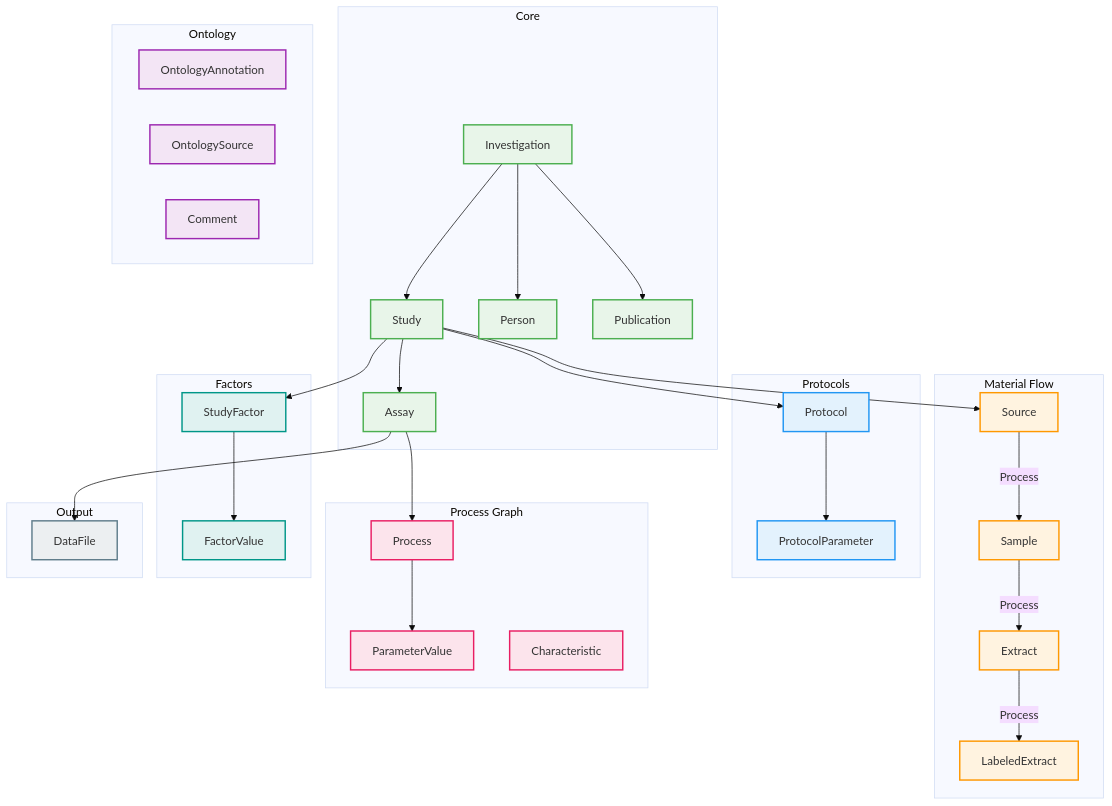
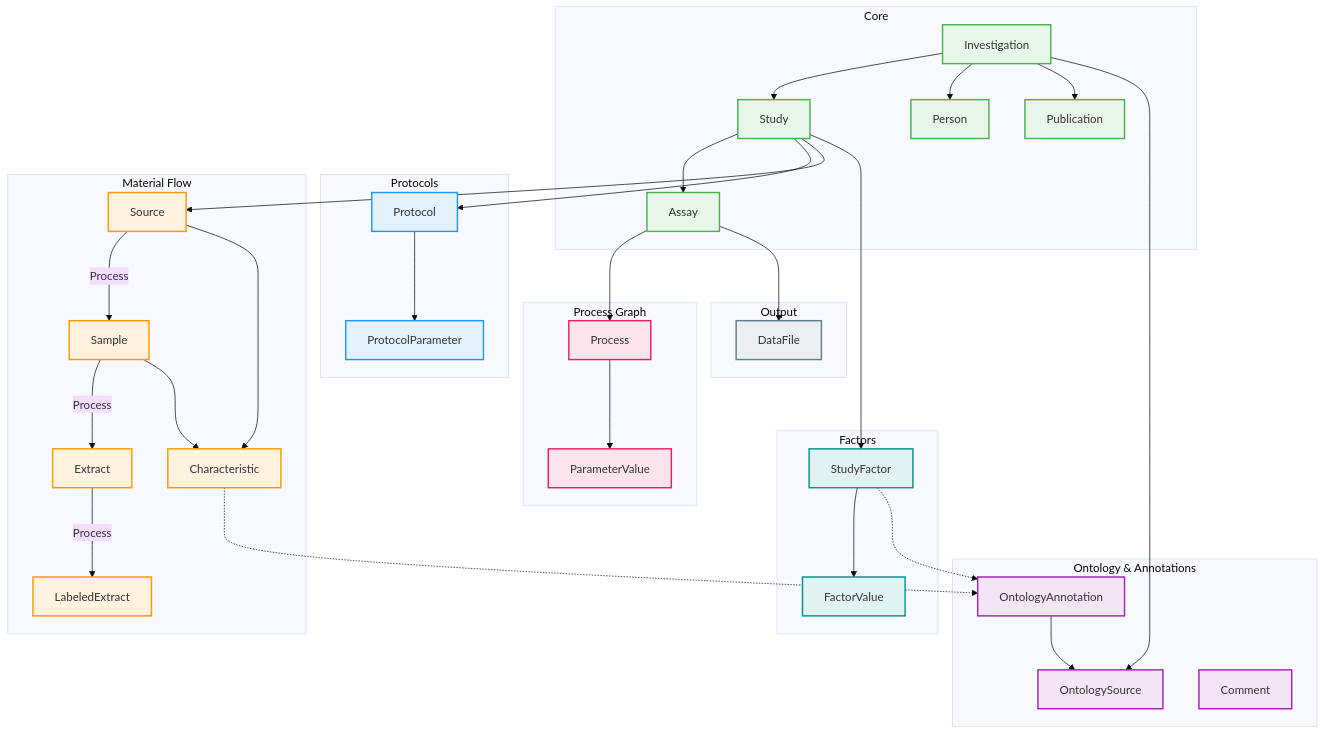
One commit to sorenwacker/metaseed changed the first of 6 diagrams in docs/architecture/diagrams.md. Above: the diagram before and after it, drawn with Mermaid (base theme).

Commit message:
Connect Characteristics and Ontology entities in ISA diagram

````diff
--- a/docs/architecture/diagrams.md
+++ b/docs/architecture/diagrams.md
@@ -9,75 +9,81 @@
 ```mermaid
 flowchart TB
     subgraph core["Core"]
         INV[Investigation]
         STU[Study]
         ASS[Assay]
         PER[Person]
         PUB[Publication]
     end
 
     subgraph protocol["Protocols"]
         PROT[Protocol]
         PP[ProtocolParameter]
     end
 
     subgraph material["Material Flow"]
         SRC[Source]
         SAM[Sample]
         EXT[Extract]
         LEXT[LabeledExtract]
+        CHAR[Characteristic]
     end
 
     subgraph process["Process Graph"]
         PROC[Process]
         PV[ParameterValue]
-        CHAR[Characteristic]
     end
 
     subgraph factors["Factors"]
         SF[StudyFactor]
         FV[FactorValue]
     end
 
-    subgraph ontology["Ontology"]
+    subgraph ontology["Ontology & Annotations"]
         OA[OntologyAnnotation]
         OS[OntologySource]
         COM[Comment]
     end
 
     subgraph output["Output"]
         DF[DataFile]
     end
 
     INV --> STU
     INV --> PER
     INV --> PUB
+    INV --> OS
     STU --> ASS
     STU --> PROT
     STU --> SRC
     STU --> SF
     PROT --> PP
     SRC -->|Process| SAM
     SAM -->|Process| EXT
     EXT -->|Process| LEXT
+    SRC --> CHAR
+    SAM --> CHAR
     ASS --> PROC
     ASS --> DF
     PROC --> PV
     SF --> FV
+    CHAR -.-> OA
+    SF -.-> OA
+    OA --> OS
 
     classDef core fill:#e8f5e9,stroke:#4caf50,stroke-width:2px
     classDef prot fill:#e3f2fd,stroke:#2196f3,stroke-width:2px
     classDef mat fill:#fff3e0,stroke:#ff9800,stroke-width:2px
     classDef proc fill:#fce4ec,stroke:#e91e63,stroke-width:2px
     classDef fac fill:#e0f2f1,stroke:#009688,stroke-width:2px
     classDef ont fill:#f3e5f5,stroke:#9c27b0,stroke-width:2px
     classDef out fill:#eceff1,stroke:#607d8b,stroke-width:2px
 
     class INV,STU,ASS,PER,PUB core
     class PROT,PP prot
-    class SRC,SAM,EXT,LEXT mat
-    class PROC,PV,CHAR proc
+    class SRC,SAM,EXT,LEXT,CHAR mat
+    class PROC,PV proc
     class SF,FV fac
     class OA,OS,COM ont
     class DF out
 ```
````
